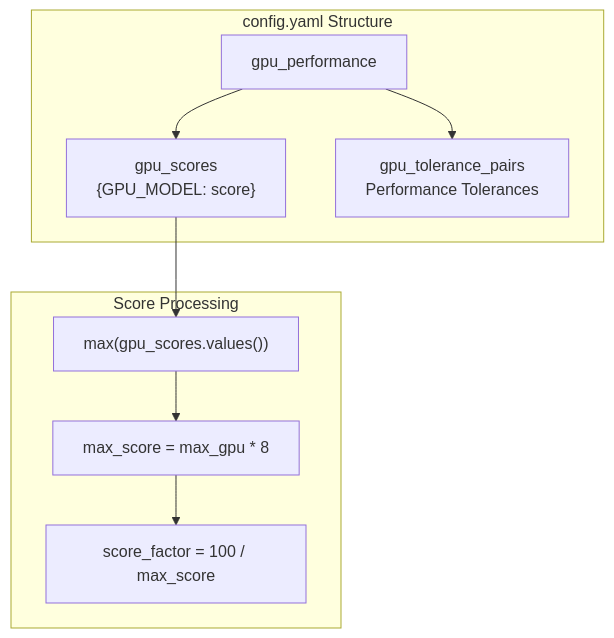
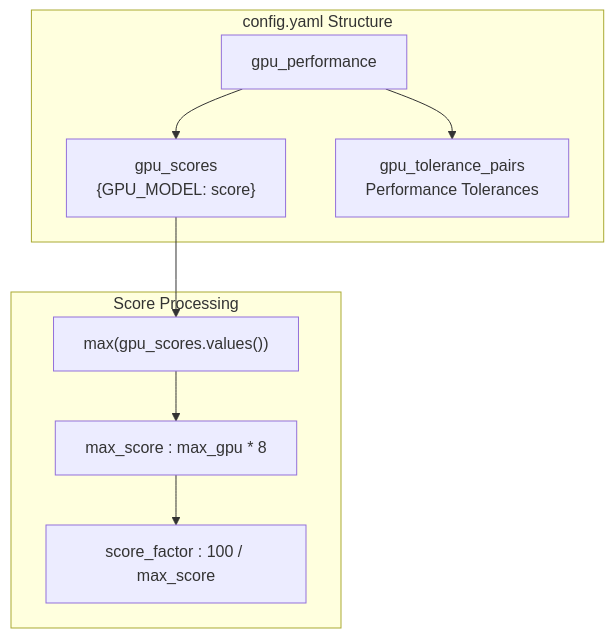
One commit to neuralinternet/docs changed the third of 6 diagrams in src/content/docs/validator-system/scoring-system.mdx. Above: the diagram before and after it, drawn with Mermaid. The commit also changed other lines of this file and 184 other files, not shown here.

````diff
--- a/src/content/docs/validator-system/scoring-system.mdx
+++ b/src/content/docs/validator-system/scoring-system.mdx
@@ -128,20 +128,20 @@
 ```mermaid
 graph TD
     subgraph "config.yaml Structure"
         GPU_PERF["gpu_performance"]
         GPU_SCORES["gpu_scores<br/>{GPU_MODEL: score}"]
         GPU_TOL["gpu_tolerance_pairs<br/>Performance Tolerances"]
     end
     
     subgraph "Score Processing"
         MAX_GPU["max(gpu_scores.values())"]
-        MAX_SCORE["max_score = max_gpu * 8"]
-        FACTOR["score_factor = 100 / max_score"]
+        MAX_SCORE["max_score : max_gpu * 8"]
+        FACTOR["score_factor : 100 / max_score"]
     end
     
     GPU_PERF --> GPU_SCORES
     GPU_PERF --> GPU_TOL
     GPU_SCORES --> MAX_GPU
     MAX_GPU --> MAX_SCORE
     MAX_SCORE --> FACTOR
 ```
````
